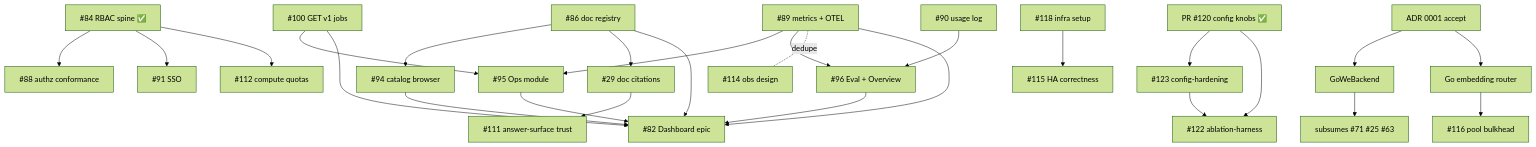
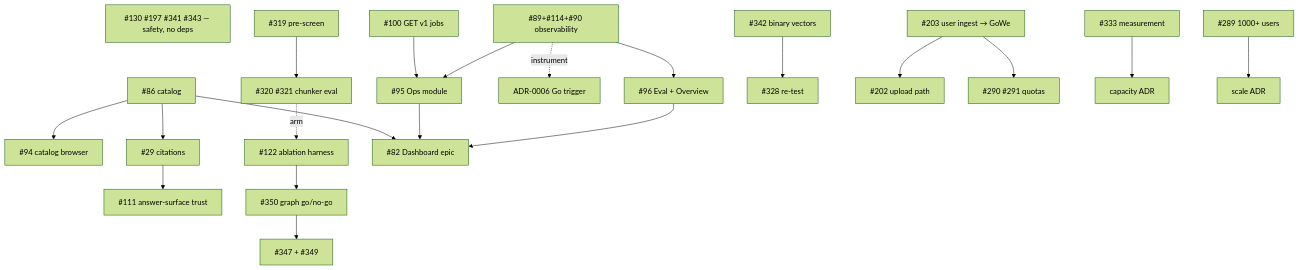
One commit to wilke/ragstack changed the diagram in ROADMAP.md. Above: the diagram before and after it, drawn with Mermaid (forest theme). The commit also changed other lines of this file and 3 other files, not shown here.

First line of the commit message:
docs(adr): ADR-0006 — execution topology revised from the production build; supersede ADR-0001; re-derive ROADMAP

````diff
--- a/ROADMAP.md
+++ b/ROADMAP.md
@@ -92,34 +133,28 @@
 ```mermaid
 flowchart TD
-  RBAC["#84 RBAC spine ✅"] --> AUTHZ["#88 authz conformance"]
-  RBAC --> SSO["#91 SSO"]
-  RBAC --> QUOTA["#112 compute quotas"]
+  SAFE["#130 #197 #341 #343 — safety, no deps"]
 
-  REG["#86 doc registry"] --> CATBROWSE["#94 catalog browser"]
-  REG --> CITE["#29 doc citations"]
-  CITE --> TRUST["#111 answer-surface trust"]
+  CAT["#86 catalog"] --> CATBROWSE["#94 catalog browser"]
+  CAT --> CITE["#29 citations"] --> TRUST["#111 answer-surface trust"]
 
   JOBS["#100 GET v1 jobs"] --> OPS["#95 Ops module"]
-  METRICS["#89 metrics + OTEL"] --> OPS
-  METRICS --> EVALMOD["#96 Eval + Overview"]
-  USAGE["#90 usage log"] --> EVALMOD
-  METRICS -. dedupe .- OBSDESIGN["#114 obs design"]
+  OBS["#89+#114+#90 observability"] --> OPS
+  OBS --> EVALMOD["#96 Eval + Overview"]
+  OBS -. instrument .-> GOGATE["ADR-0006 Go trigger"]
 
-  CFG["PR #120 config knobs ✅"] --> CFGHARD["#123 config-hardening"]
-  CFG --> ABLATE["#122 ablation-harness"]
-  CFGHARD --> ABLATE
+  ABL["#122 ablation harness"] --> GRAPHGO["#350 graph go/no-go"]
+  GRAPHGO --> G347["#347 + #349"]
+  PRE["#319 pre-screen"] --> CHUNKEVAL["#320 #321 chunker eval"]
+  CHUNKEVAL -. arm .-> ABL
 
-  ADR["ADR 0001 accept"] --> GOWE["GoWeBackend"]
-  GOWE --> SUBSUME["subsumes #71 #25 #63"]
-  ADR --> ROUTER["Go embedding router"]
-  ROUTER --> BULKHEAD["#116 pool bulkhead"]
+  FMT["#342 binary vectors"] --> FC["#328 re-test"]
+  ROUTE["#203 user ingest → GoWe"] --> UPLOAD["#202 upload path"]
+  ROUTE --> QUOTA["#290 #291 quotas"]
 
-  INFRA["#118 infra setup"] --> HACORR["#115 HA correctness"]
+  QUANT["#333 measurement"] --> CAPADR["capacity ADR"]
+  SCALE["#289 1000+ users"] --> SCALEADR["scale ADR"]
 
-  REG --> EPIC["#82 Dashboard epic"]
-  JOBS --> EPIC
-  METRICS --> EPIC
-  CATBROWSE --> EPIC
+  CAT --> EPIC["#82 Dashboard epic"]
   OPS --> EPIC
   EVALMOD --> EPIC
 ```
````
